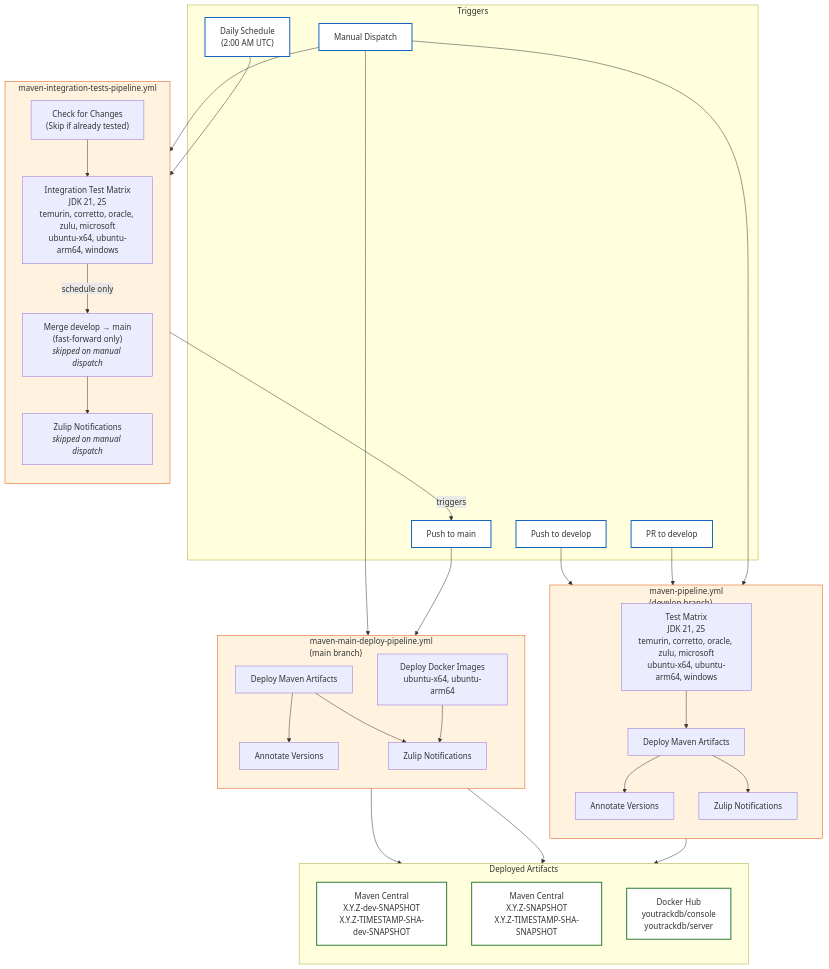
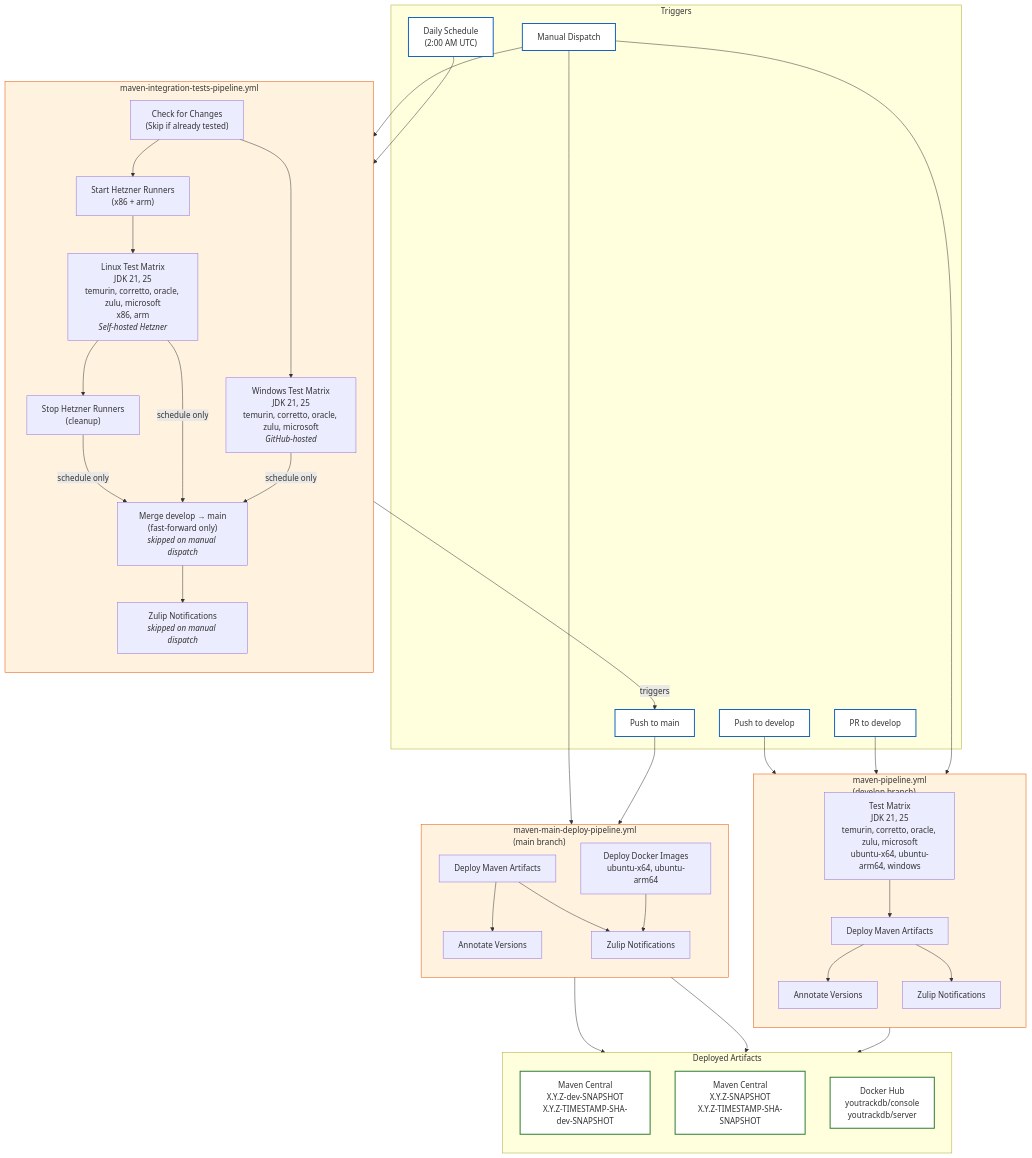
Before and after one commit to JetBrains/youtrackdb: the diagram in .github/workflows/ci-cd-diagram.md, drawn with Mermaid. The commit also changed other lines of this file, not shown here.

First line of the commit message:
YTDB-278: Update CI/CD diagram for self-hosted Hetzner runners

```diff
--- a/.github/workflows/ci-cd-diagram.md
+++ b/.github/workflows/ci-cd-diagram.md
@@ -24,11 +24,19 @@
     subgraph integration_pipeline["maven-integration-tests-pipeline.yml"]
         direction TB
         it_check["Check for Changes<br/>(Skip if already tested)"]
-        it_test["Integration Test Matrix<br/>JDK 21, 25<br/>temurin, corretto, oracle, zulu, microsoft<br/>ubuntu-x64, ubuntu-arm64, windows"]
+        it_start["Start Hetzner Runners<br/>(x86 + arm)"]
+        it_test_linux["Linux Test Matrix<br/>JDK 21, 25<br/>temurin, corretto, oracle, zulu, microsoft<br/>x86, arm<br/><i>Self-hosted Hetzner</i>"]
+        it_test_windows["Windows Test Matrix<br/>JDK 21, 25<br/>temurin, corretto, oracle, zulu, microsoft<br/><i>GitHub-hosted</i>"]
+        it_stop["Stop Hetzner Runners<br/>(cleanup)"]
         it_merge["Merge develop → main<br/>(fast-forward only)<br/><i>skipped on manual dispatch</i>"]
         it_notify["Zulip Notifications<br/><i>skipped on manual dispatch</i>"]
-        it_check --> it_test
-        it_test -->|"schedule only"| it_merge
+        it_check --> it_start
+        it_check --> it_test_windows
+        it_start --> it_test_linux
+        it_test_linux --> it_stop
+        it_test_linux -->|"schedule only"| it_merge
+        it_test_windows -->|"schedule only"| it_merge
+        it_stop -->|"schedule only"| it_merge
         it_merge --> it_notify
     end
 
```
